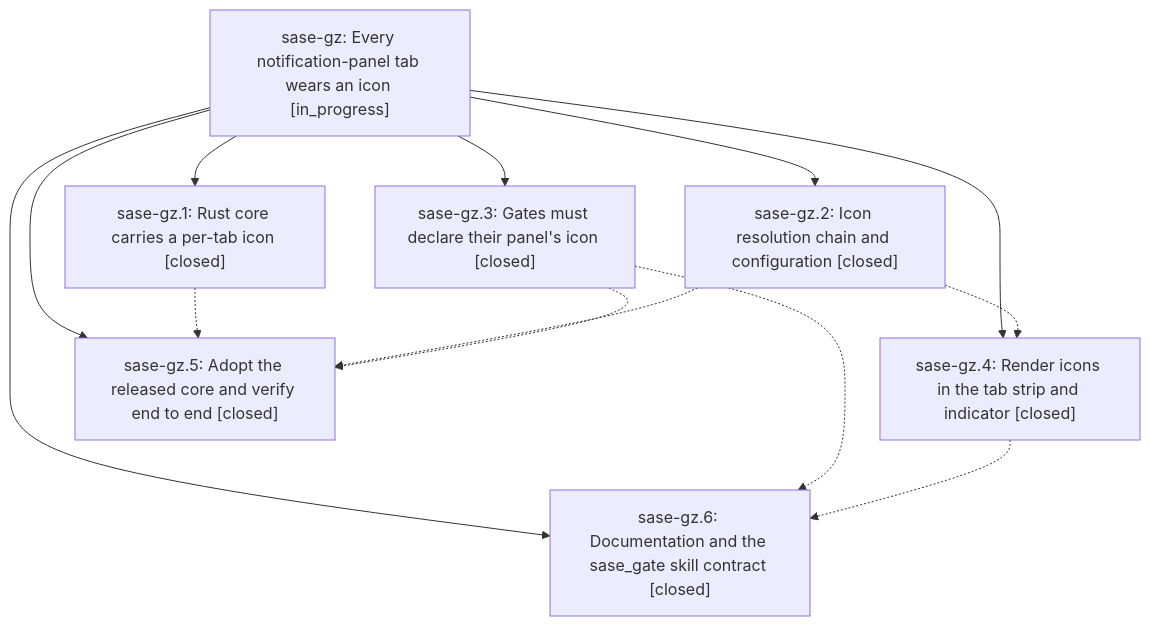
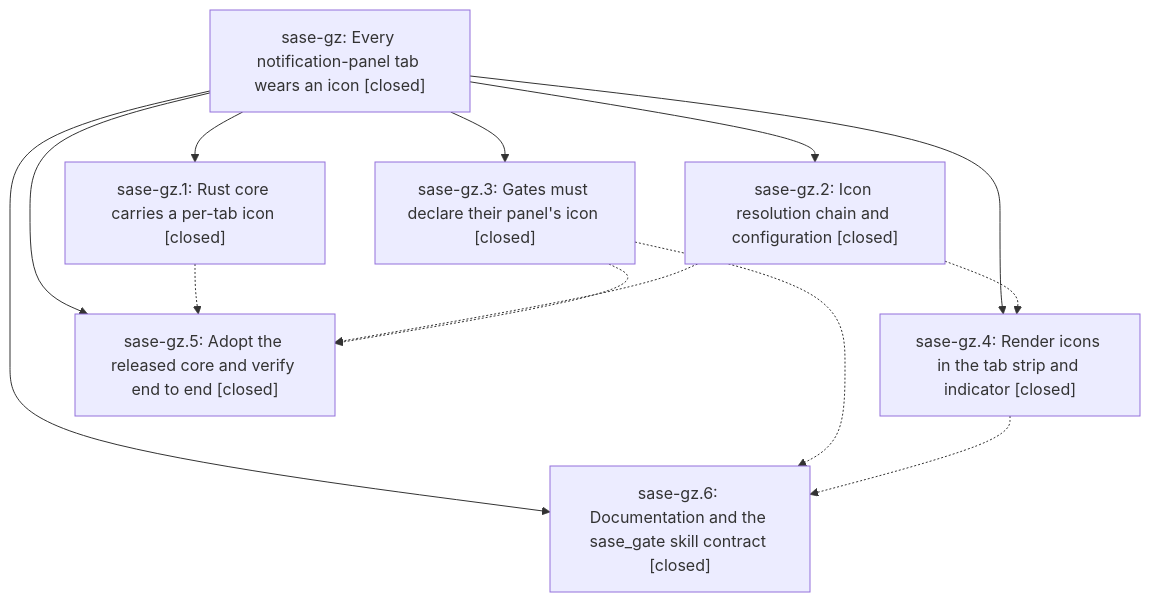
Before and after one commit to sase-org/sase--beads: the diagram in pages/sase-gz/README.md, drawn with Mermaid. The commit also changed other lines of this file, not shown here.

First line of the commit message:
chore(beads): sync bead state and pages for sase-gz

````diff
--- a/pages/sase-gz/README.md
+++ b/pages/sase-gz/README.md
@@ -38,22 +54,22 @@
 ```mermaid
 flowchart TD
-    n0["sase-gz: Every notification-panel tab wears an icon [in_progress]"]
+    n0["sase-gz: Every notification-panel tab wears an icon [closed]"]
     n1["sase-gz.1: Rust core carries a per-tab icon [closed]"]
     n2["sase-gz.2: Icon resolution chain and configuration [closed]"]
     n3["sase-gz.3: Gates must declare their panel's icon [closed]"]
     n4["sase-gz.4: Render icons in the tab strip and indicator [closed]"]
     n5["sase-gz.5: Adopt the released core and verify end to end [closed]"]
     n6["sase-gz.6: Documentation and the sase_gate skill contract [closed]"]
     n0 --> n1
     n0 --> n2
     n0 --> n3
     n0 --> n4
     n0 --> n5
     n0 --> n6
     n1 -.-> n5
     n2 -.-> n4
     n2 -.-> n5
     n3 -.-> n5
     n3 -.-> n6
     n4 -.-> n6
 ```
````
